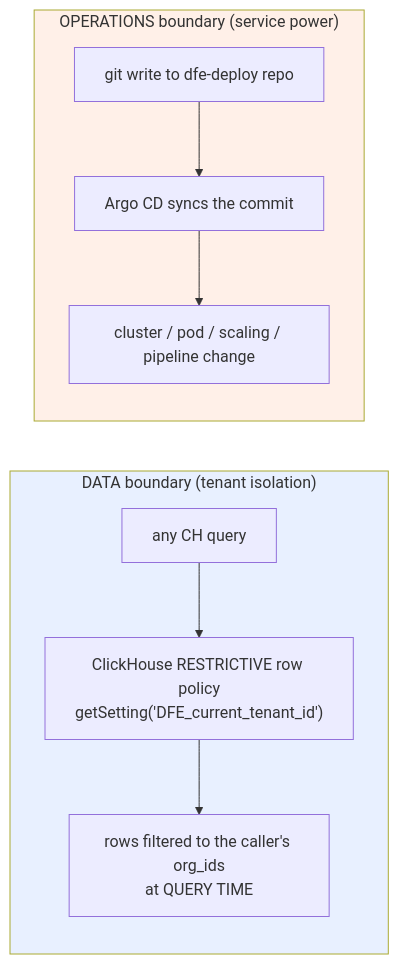
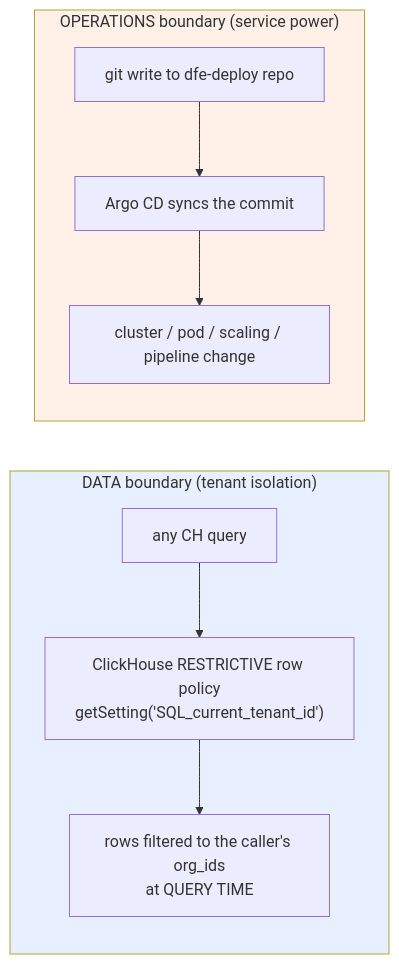
Diagram 11 of 14 in docs/RBAC.md (hyperi-io/dfe-engine), drawn with Mermaid before and after one commit. The commit also changed other lines of this file and 132 other files, not shown here.

````diff
--- a/docs/RBAC.md
+++ b/docs/RBAC.md
@@ -919,15 +923,15 @@
 ```mermaid
 flowchart LR
     subgraph data["DATA boundary (tenant isolation)"]
         direction TB
-        Q["any CH query"] --> RP["ClickHouse RESTRICTIVE row policy<br/>getSetting('DFE_current_tenant_id')"]
+        Q["any CH query"] --> RP["ClickHouse RESTRICTIVE row policy<br/>getSetting('SQL_current_tenant_id')"]
         RP --> FILT["rows filtered to the caller's org_ids<br/>at QUERY TIME"]
     end
     subgraph ops["OPERATIONS boundary (service power)"]
         direction TB
         W["git write to dfe-deploy repo"] --> ARGO["Argo CD syncs the commit"]
         ARGO --> CLUSTER["cluster / pod / scaling / pipeline change"]
     end
     style data fill:#e8f0ff
     style ops fill:#fff0e8
 ```
````
